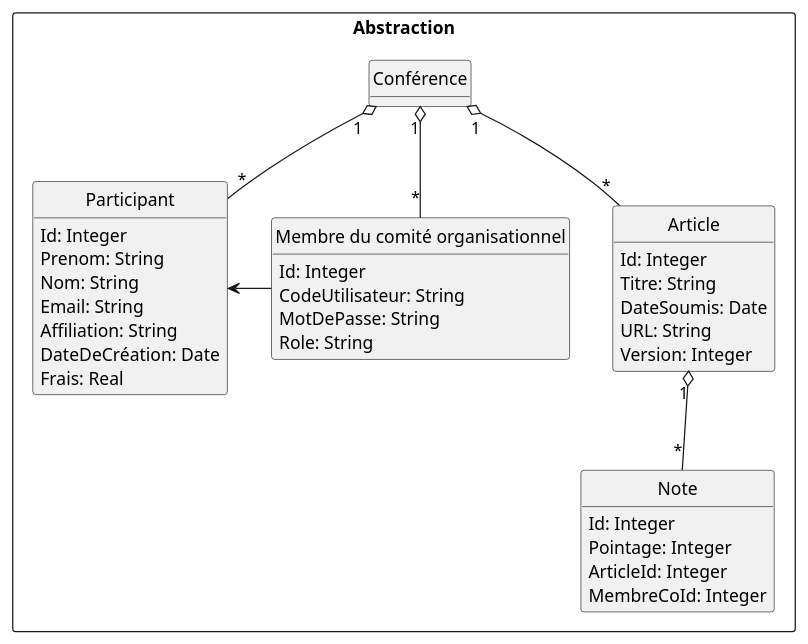
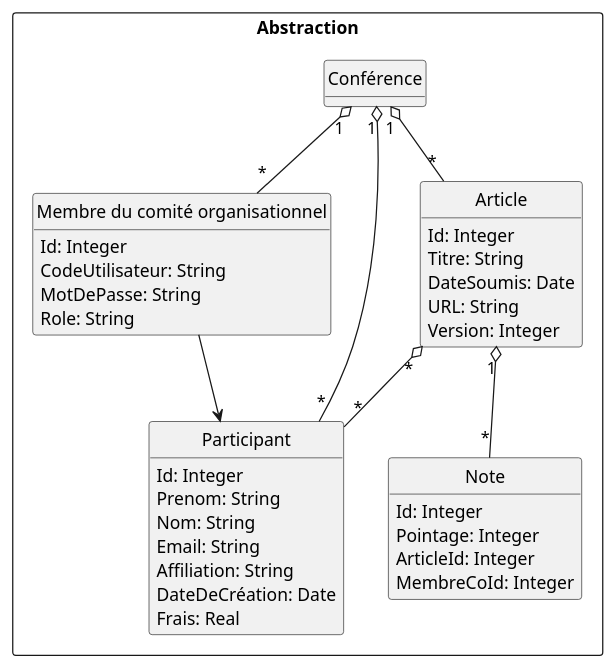
Before and after one commit to SimonDenomme/TP3-BD: the second of 2 diagrams in TP3/UML_Diagram.md, drawn with PlantUML. The commit also changed other lines of this file and 4 other files, not shown here.

````diff
--- a/TP3/UML_Diagram.md
+++ b/TP3/UML_Diagram.md
@@ -25,65 +30,66 @@
 ```plantuml
 hide circles
 hide methods
 
 rectangle "Abstraction" {
 	class "Participant" as p {
 		Id: Integer
 		Prenom: String
 		Nom: String
 		Email: String
 		Affiliation: String
 		DateDeCréation: Date
 		Frais: Real
 
 		InscrireParticipant()
 		InscrirePaiement()
 	}
 
 	class "Membre du comité organisationnel" as m {
 		Id: Integer
 		CodeUtilisateur: String
 		MotDePasse: String
 		Role: String
 
 		InscrireMembresCO()
 		InscrireMembresCP()
 	}
 	
 	class "Conférence" as c {
 		ProduireProgramme()
 	}
 	
 	class "Article" as a {
 		Id: Integer
 		Titre: String
 		DateSoumis: Date
 		URL: String
 		Version: Integer
 
 		InscrireArticleSoumis()
 		AssignerArticles()
 		RapportArticleEnOrdreDeNote()
 		InscrireVersionRévisée()
 	}
 
 	class "Note" as n {
 		Id: Integer
 		Pointage: Integer
 		ArticleId: Integer
 		MembreCoId: Integer
 
 		EnregisterNotesEvaluation()
 	}
 
 
 	c "1" o-- "*" a
 	c "1" o-- "*" m
 	c "1" o-- "*" p
 
-	m -left-> p
+	m -> p
 
 	a "1" o-- "*" n
+	a "*" o-- "*" p
 }
 
 ```
````
